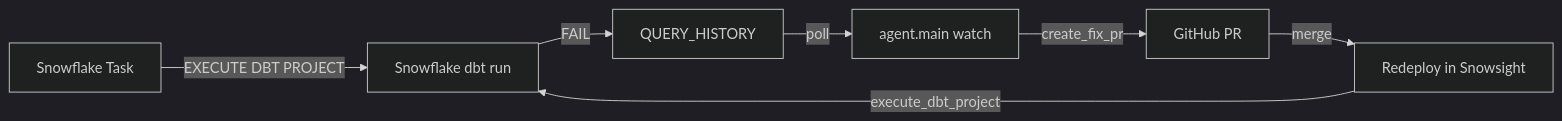
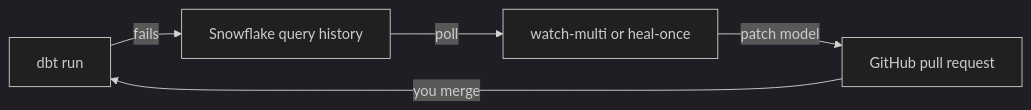
The second of 2 diagrams in README.md (bedirachit/data-pipeline-auto-healer-agent), drawn with Mermaid (dark theme) before and after one commit. The commit also changed other lines of this file and 36 other files, not shown here.

````diff
--- a/README.md
+++ b/README.md
@@ -136,9 +213,7 @@
 ```mermaid
 flowchart LR
-  Task[Snowflake Task] -->|EXECUTE DBT PROJECT| SF[Snowflake dbt run]
-  SF -->|FAIL| QH[QUERY_HISTORY]
-  QH -->|poll| Agent[agent.main watch]
-  Agent -->|create_fix_pr| GH[GitHub PR]
-  GH -->|merge| Redeploy[Redeploy in Snowsight]
-  Redeploy -->|execute_dbt_project| SF
+  dbt[dbt run] -->|fails| History[Snowflake query history]
+  History -->|poll| Watcher[watch-multi or heal-once]
+  Watcher -->|patch model| PR[GitHub pull request]
+  PR -->|you merge| dbt
 ```
````
